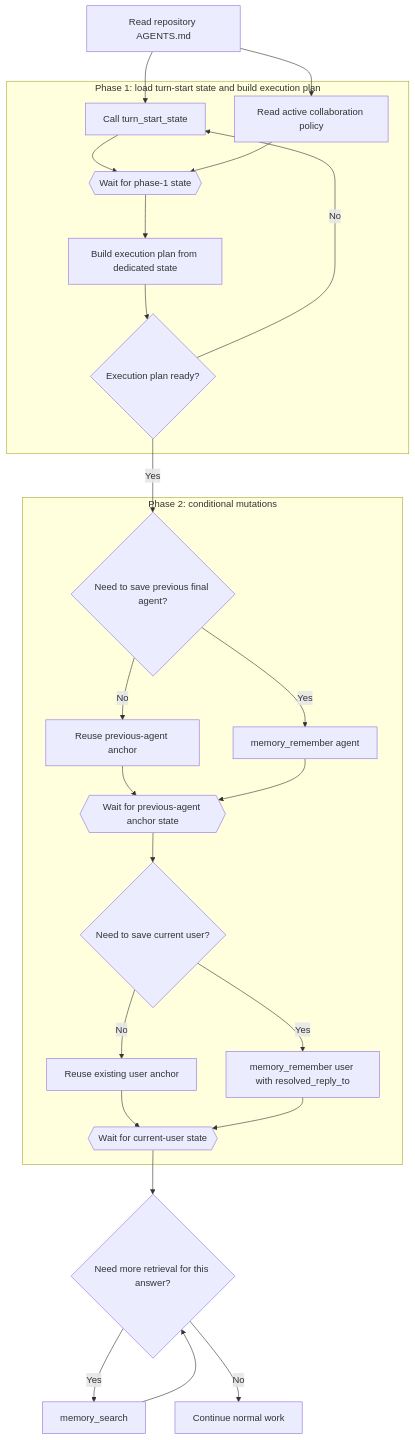
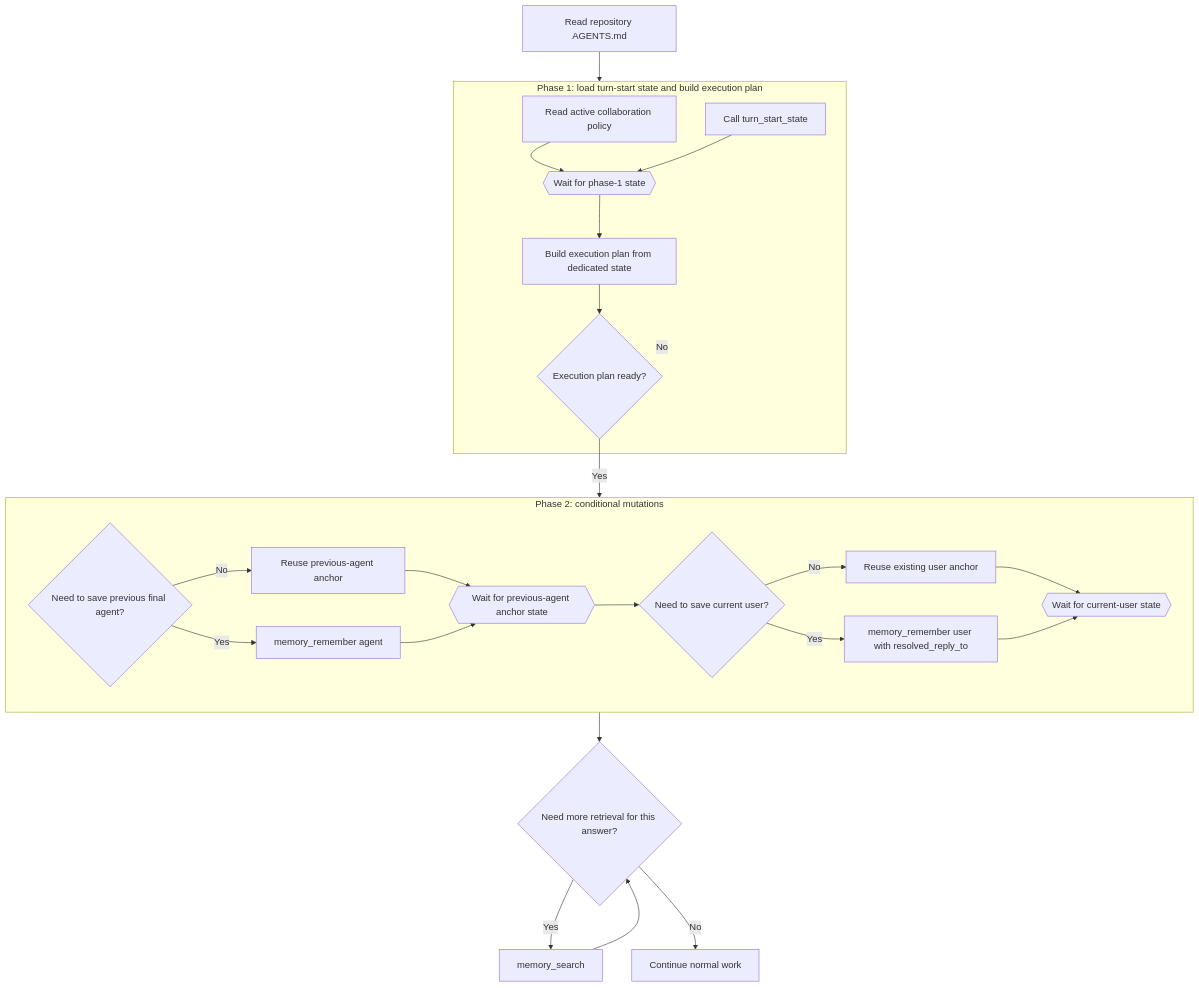
One commit to KazinaG/breathing_memory changed the second of 2 diagrams in docs/mcp-turn-flows.md. Above: the diagram before and after it, drawn with Mermaid.

Commit message:
docs: reorder phase-1 calls in turn-flow diagrams

````diff
--- a/docs/mcp-turn-flows.md
+++ b/docs/mcp-turn-flows.md
@@ -98,45 +98,44 @@
 ```mermaid
 flowchart TD
     A[Read repository AGENTS.md]
 
     subgraph P1[Phase 1: load turn-start state and build execution plan]
+        C[Read active collaboration policy]
         B[Call turn_start_state]
-        C[Read active collaboration policy]
         W1{{Wait for phase-1 state}}
         D[Build execution plan from dedicated state]
         E{Execution plan ready?}
+        C --> W1
         B --> W1
-        C --> W1
         W1 --> D
         D --> E
     end
 
     subgraph P2[Phase 2: conditional mutations]
         F{Need to save previous final agent?}
         G[Reuse previous-agent anchor]
         H[memory_remember agent]
         W2{{Wait for previous-agent anchor state}}
         I{Need to save current user?}
         J[Reuse existing user anchor]
         K[memory_remember user with resolved_reply_to]
         W3{{Wait for current-user state}}
         F -- No --> G
         F -- Yes --> H
         G --> W2
         H --> W2
         W2 --> I
         I -- No --> J
         I -- Yes --> K
         J --> W3
         K --> W3
     end
 
-    A --> B
-    A --> C
-    E -- No --> B
-    E -- Yes --> F
-    W3 --> L{Need more retrieval for this answer?}
+    A --> P1
+    E -- No --> P1
+    E -- Yes --> P2
+    P2 --> L{Need more retrieval for this answer?}
     L -- Yes --> M[memory_search]
     L -- No --> N[Continue normal work]
     M --> L
 ```
````
